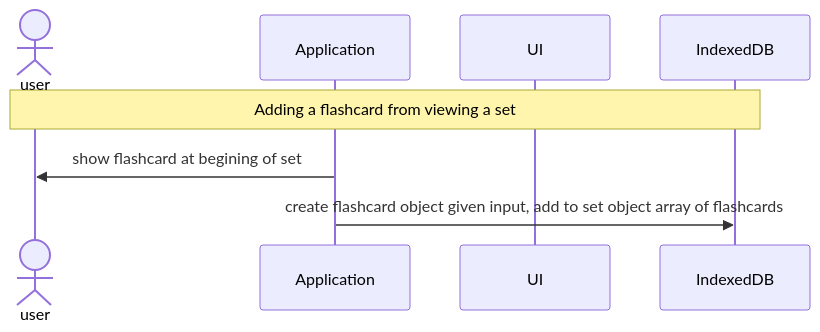
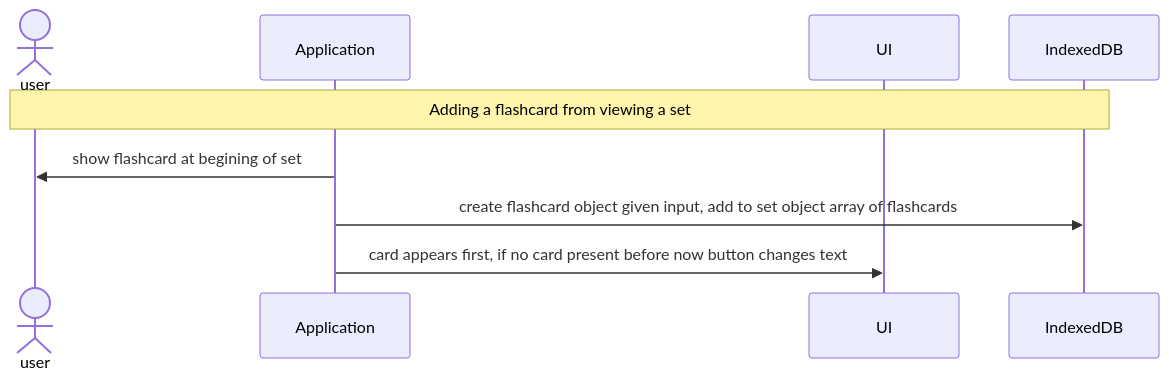
One commit to Henry-WK/henry-wk.github.io changed the diagram in mermaid.md. Above: the diagram before and after it, drawn with Mermaid.

````diff
--- a/mermaid.md
+++ b/mermaid.md
@@ -1,12 +1,12 @@
 ```mermaid
   sequenceDiagram
   actor user
   participant app as Application
-  participant UI as UI
+  participant ui as UI
   participant db as IndexedDB
 
   Note over user,db: Adding a flashcard from viewing a set
   app->>user: show flashcard at begining of set
   app->>db: create flashcard object given input, add to set object array of flashcards
-  
+  app->>ui: card appears first, if no card present before now button changes text
 ```
````
